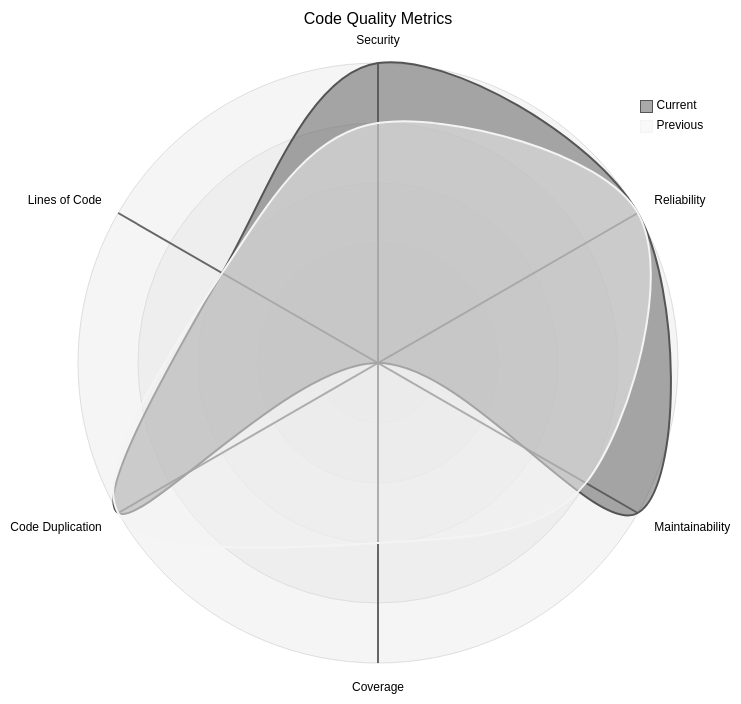
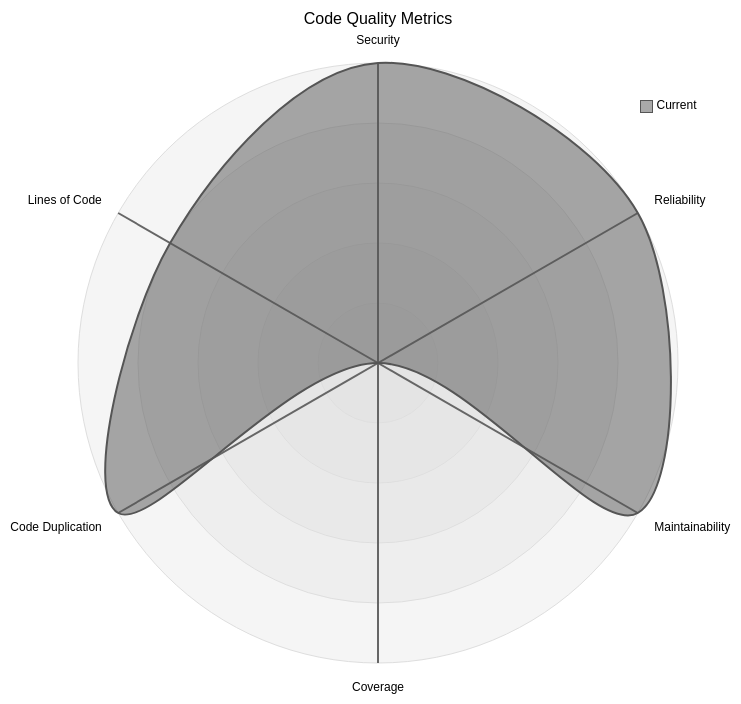
One commit to merlinbecker/CodexMiroir changed the diagram in codequality/report.md. Above: the diagram before and after it, drawn with Mermaid (neutral theme). The commit also changed other lines of this file, not shown here.

````diff
--- a/codequality/report.md
+++ b/codequality/report.md
@@ -3,12 +3,11 @@
 ```mermaid
 ---
 title: "Code Quality Metrics"
 ---
 radar-beta
   axis s["Security"], r["Reliability"], m["Maintainability"]
   axis c["Coverage"], d["Code Duplication"], l["Lines of Code"]
-  curve current["Current"]{5, 5, 5, 0, 5, 3}
-  curve previous["Previous"]{4, 5, 4, 3, 5, 3}
+  curve current["Current"]{5, 5, 5, 0, 5, 4}
   max 5
   min 0
 ```
````
